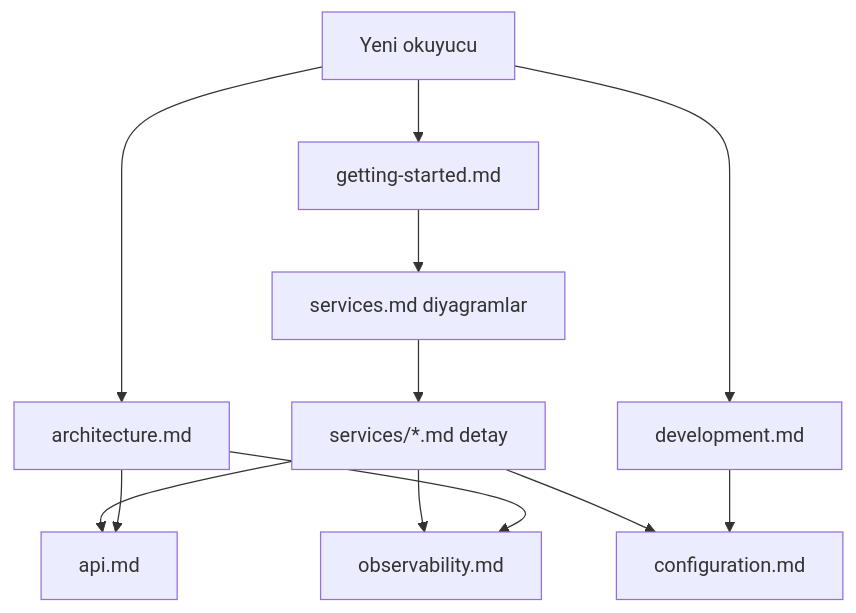
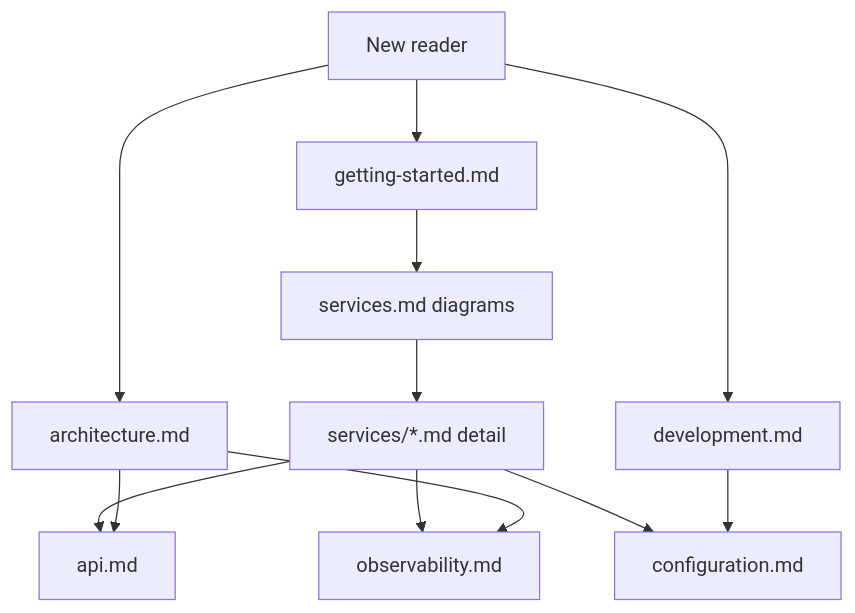
One commit to TaridaG/Toyota-32Bit-Finance-Platform changed the diagram in docs/english/README.md. Above: the diagram before and after it, drawn with Mermaid. The commit also changed other lines of this file and 28 other files, not shown here.

````diff
--- a/docs/english/README.md
+++ b/docs/english/README.md
@@ -7,19 +7,19 @@
 ```mermaid
 flowchart TB
-  START[Yeni okuyucu]
+  START[New reader]
 
   START --> GS[getting-started.md]
-  GS --> SVC[services.md diyagramlar]
-  SVC --> DET[services/*.md detay]
+  GS --> SVC[services.md diagrams]
+  SVC --> DET[services/*.md detail]
 
   START --> ARCH[architecture.md]
   ARCH --> API[api.md]
   ARCH --> OBS[observability.md]
 
   START --> DEV[development.md]
   DEV --> CFG[configuration.md]
 
   DET --> API
   DET --> CFG
   DET --> OBS
 ```
````
